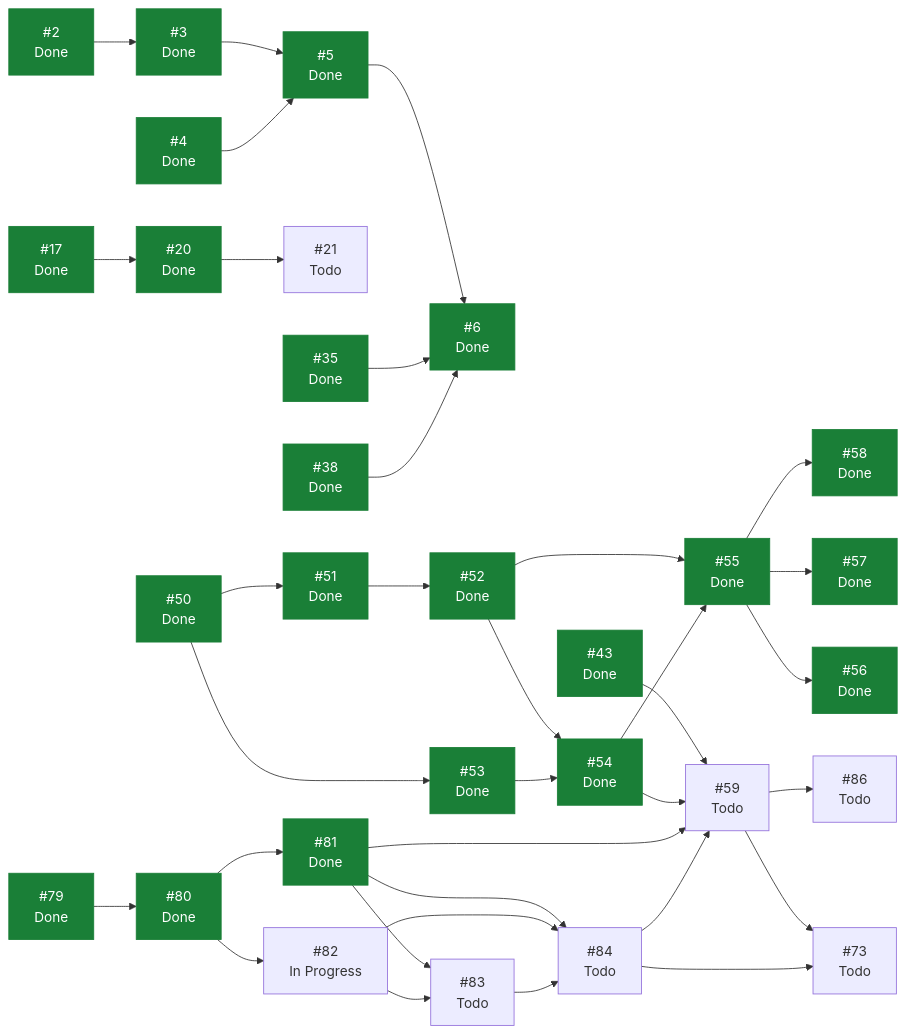
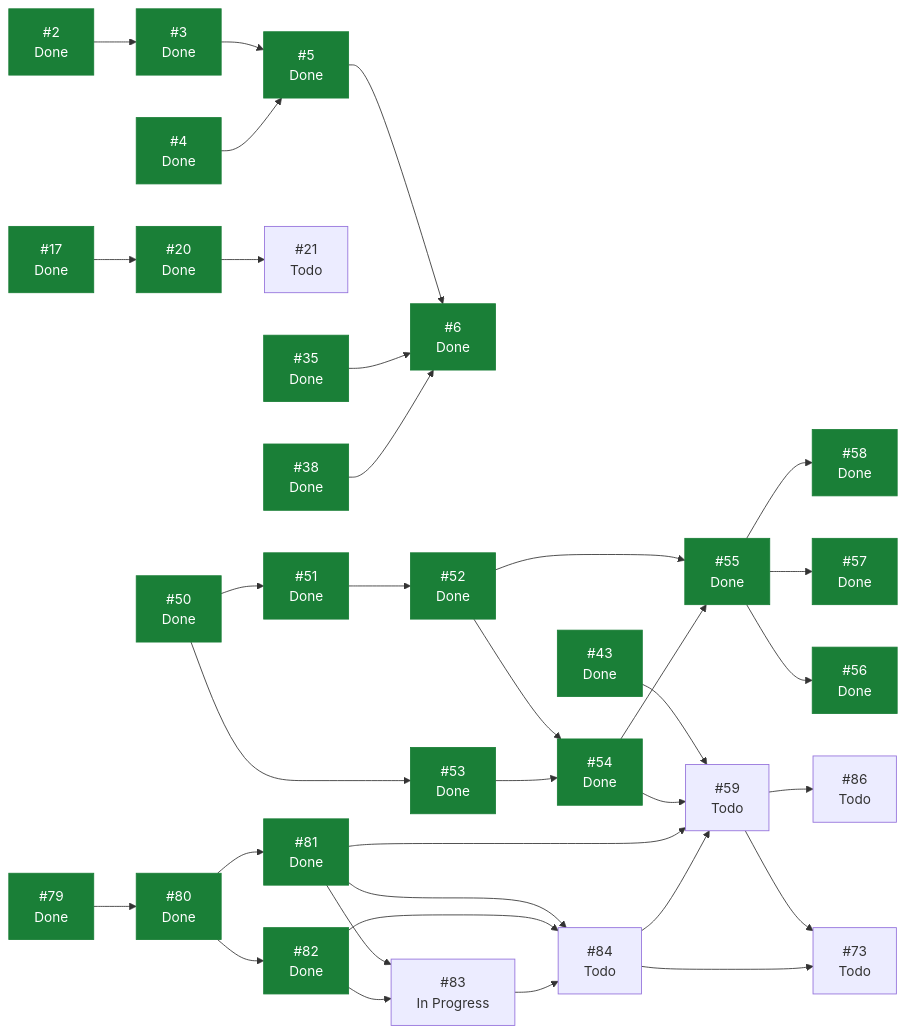
One commit to ecamp0s/evault changed the diagram in docs/planning/STATUS.md. Above: the diagram before and after it, drawn with Mermaid. The commit also changed other lines of this file, not shown here.

````diff
--- a/docs/planning/STATUS.md
+++ b/docs/planning/STATUS.md
@@ -100,67 +100,67 @@
 ```mermaid
 graph LR
   I2["#2<br/>Done"]
   I3["#3<br/>Done"]
   I4["#4<br/>Done"]
   I5["#5<br/>Done"]
   I6["#6<br/>Done"]
   I17["#17<br/>Done"]
   I20["#20<br/>Done"]
   I21["#21<br/>Todo"]
   I35["#35<br/>Done"]
   I38["#38<br/>Done"]
   I43["#43<br/>Done"]
   I50["#50<br/>Done"]
   I51["#51<br/>Done"]
   I52["#52<br/>Done"]
   I53["#53<br/>Done"]
   I54["#54<br/>Done"]
   I55["#55<br/>Done"]
   I56["#56<br/>Done"]
   I57["#57<br/>Done"]
   I58["#58<br/>Done"]
   I59["#59<br/>Todo"]
   I73["#73<br/>Todo"]
   I79["#79<br/>Done"]
   I80["#80<br/>Done"]
   I81["#81<br/>Done"]
-  I82["#82<br/>In Progress"]
-  I83["#83<br/>Todo"]
+  I82["#82<br/>Done"]
+  I83["#83<br/>In Progress"]
   I84["#84<br/>Todo"]
   I86["#86<br/>Todo"]
   I2 --> I3
   I3 --> I5
   I4 --> I5
   I5 --> I6
   I17 --> I20
   I20 --> I21
   I35 --> I6
   I38 --> I6
   I43 --> I59
   I50 --> I51
   I50 --> I53
   I51 --> I52
   I52 --> I54
   I52 --> I55
   I53 --> I54
   I54 --> I55
   I54 --> I59
   I55 --> I56
   I55 --> I57
   I55 --> I58
   I59 --> I73
   I59 --> I86
   I79 --> I80
   I80 --> I81
   I80 --> I82
   I81 --> I59
   I81 --> I83
   I81 --> I84
   I82 --> I83
   I82 --> I84
   I83 --> I84
   I84 --> I59
   I84 --> I73
   classDef hecho fill:#1a7f37,stroke:#1a7f37,color:#fff;
-  class I2,I3,I4,I5,I6,I17,I20,I35,I38,I43,I50,I51,I52,I53,I54,I55,I56,I57,I58,I79,I80,I81 hecho;
+  class I2,I3,I4,I5,I6,I17,I20,I35,I38,I43,I50,I51,I52,I53,I54,I55,I56,I57,I58,I79,I80,I81,I82 hecho;
 ```
````
